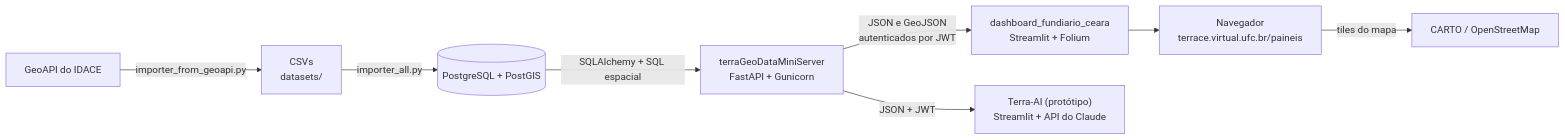
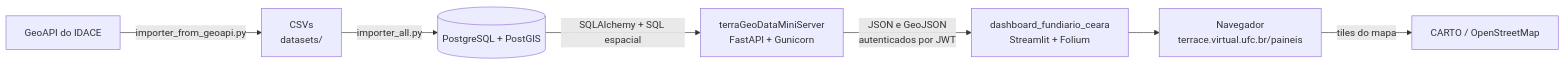
Before and after one commit to wwagner33/terra.ce: the diagram in PLANO_DE_TREINAMENTO.md, drawn with Mermaid. The commit also changed other lines of this file and 17 other files, not shown here.

````diff
--- a/PLANO_DE_TREINAMENTO.md
+++ b/PLANO_DE_TREINAMENTO.md
@@ -37,10 +37,9 @@
 ```mermaid
 flowchart LR
     geoapi["GeoAPI do IDACE"] -->|importer_from_geoapi.py| csv["CSVs<br/>datasets/"]
     csv -->|importer_all.py| pg[("PostgreSQL + PostGIS")]
     pg -->|"SQLAlchemy + SQL espacial"| tgdm["terraGeoDataMiniServer<br/>FastAPI + Gunicorn"]
     tgdm -->|"JSON e GeoJSON<br/>autenticados por JWT"| dash["dashboard_fundiario_ceara<br/>Streamlit + Folium"]
-    tgdm -->|"JSON + JWT"| ai["Terra-AI (protótipo)<br/>Streamlit + API do Claude"]
     dash --> nav["Navegador<br/>terrace.virtual.ufc.br/paineis"]
     nav -->|"tiles do mapa"| carto["CARTO / OpenStreetMap"]
 ```
````
